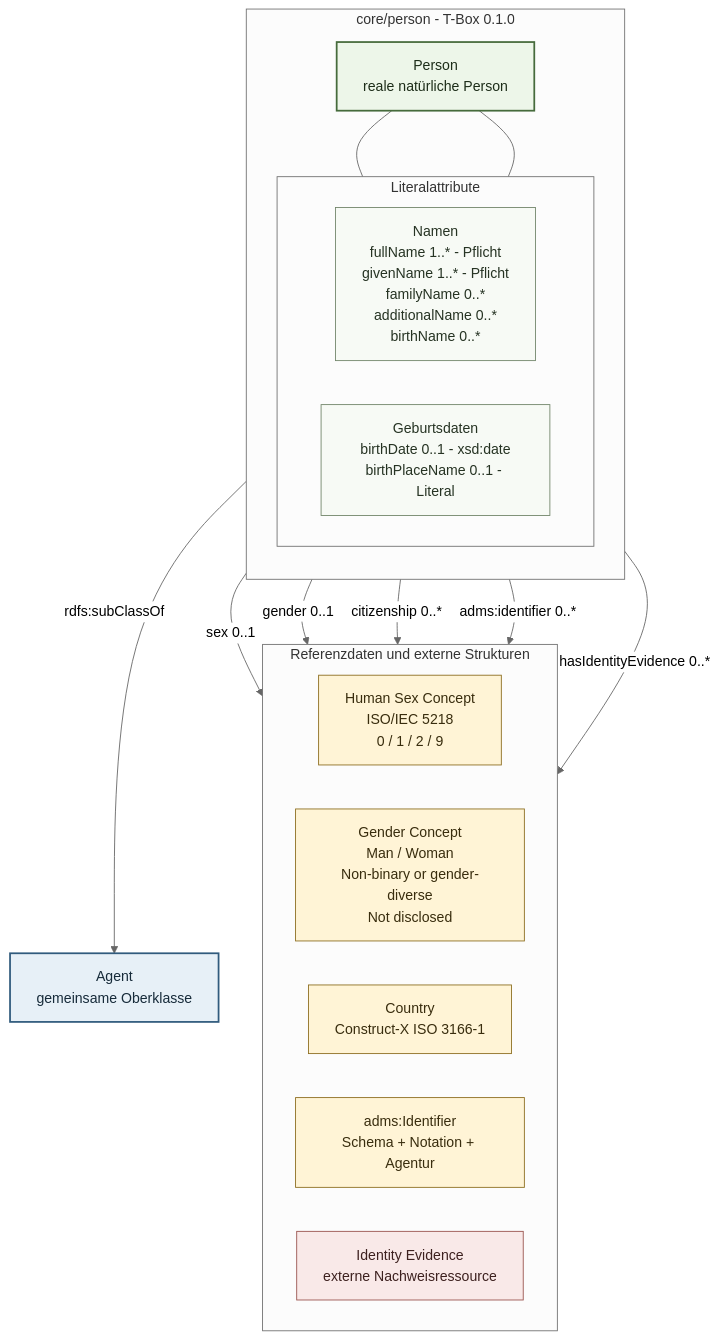
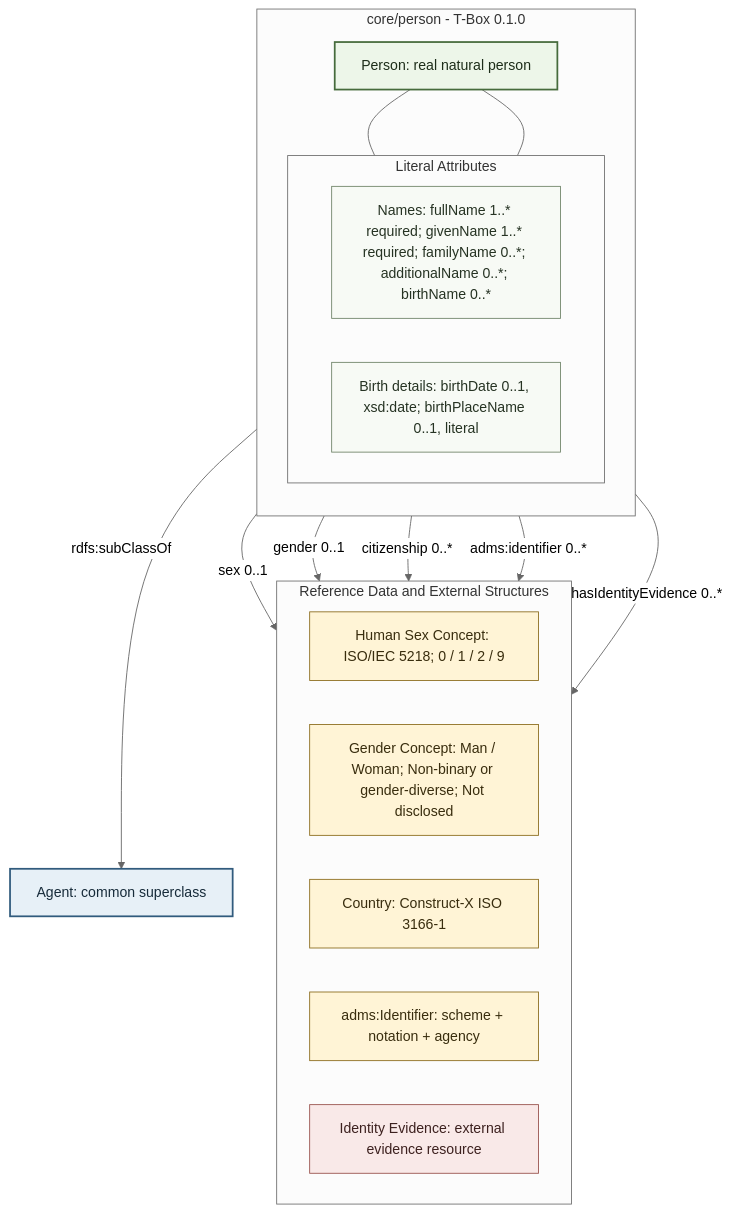
The first of 3 diagrams in modules/core/person/docs/diagrams/person-concept-model.md (project-construct-x/constructx-ontologies), drawn with Mermaid (neutral theme) before and after one commit. The commit also changed other lines of this file and 230 other files, not shown here.

````diff
--- a/modules/core/person/docs/diagrams/person-concept-model.md
+++ b/modules/core/person/docs/diagrams/person-concept-model.md
@@ -10,46 +10,46 @@
 ```mermaid
 flowchart TB
-    Agent["Agent<br/>gemeinsame Oberklasse"]
+    Agent["Agent: common superclass"]
 
     subgraph PERSON["core/person - T-Box 0.1.0"]
         direction TB
-        Person["Person<br/>reale natürliche Person"]
+        Person["Person: real natural person"]
 
-        subgraph ATTRIBUTES["Literalattribute"]
+        subgraph ATTRIBUTES["Literal Attributes"]
             direction LR
-            Names["Namen<br/>fullName 1..* - Pflicht<br/>givenName 1..* - Pflicht<br/>familyName 0..*<br/>additionalName 0..*<br/>birthName 0..*"]
-            Birth["Geburtsdaten<br/>birthDate 0..1 - xsd:date<br/>birthPlaceName 0..1 - Literal"]
+            Names["Names: fullName 1..* required; givenName 1..* required; familyName 0..*; additionalName 0..*; birthName 0..*"]
+            Birth["Birth details: birthDate 0..1, xsd:date; birthPlaceName 0..1, literal"]
         end
 
         Person --- Names
         Person --- Birth
     end
 
-    subgraph REFERENCE["Referenzdaten und externe Strukturen"]
+    subgraph REFERENCE["Reference Data and External Structures"]
         direction LR
-        Sex["Human Sex Concept<br/>ISO/IEC 5218<br/>0 / 1 / 2 / 9"]
-        Gender["Gender Concept<br/>Man / Woman<br/>Non-binary or gender-diverse<br/>Not disclosed"]
-        Country["Country<br/>Construct-X ISO 3166-1"]
-        Identifier["adms:Identifier<br/>Schema + Notation + Agentur"]
-        Evidence["Identity Evidence<br/>externe Nachweisressource"]
+        Sex["Human Sex Concept: ISO/IEC 5218; 0 / 1 / 2 / 9"]
+        Gender["Gender Concept: Man / Woman; Non-binary or gender-diverse; Not disclosed"]
+        Country["Country: Construct-X ISO 3166-1"]
+        Identifier["adms:Identifier: scheme + notation + agency"]
+        Evidence["Identity Evidence: external evidence resource"]
     end
 
     Person -->|"rdfs:subClassOf"| Agent
     Person -->|"sex 0..1"| Sex
     Person -->|"gender 0..1"| Gender
     Person -->|"citizenship 0..*"| Country
     Person -->|"adms:identifier 0..*"| Identifier
     Person -->|"hasIdentityEvidence 0..*"| Evidence
 
     classDef agent fill:#e7f0f7,stroke:#315b7d,color:#172b3a,stroke-width:2px;
     classDef person fill:#edf6e9,stroke:#466b3c,color:#1d2d19,stroke-width:2px;
     classDef detail fill:#f7faf5,stroke:#71856a,color:#263323;
     classDef reference fill:#fff4d6,stroke:#8c6d1f,color:#392d0e;
     classDef identity fill:#f9e9e8,stroke:#99534d,color:#3d211f;
 
     class Agent agent;
     class Person person;
     class Names,Birth detail;
     class Sex,Gender,Country,Identifier reference;
     class Evidence identity;
 ```
````
